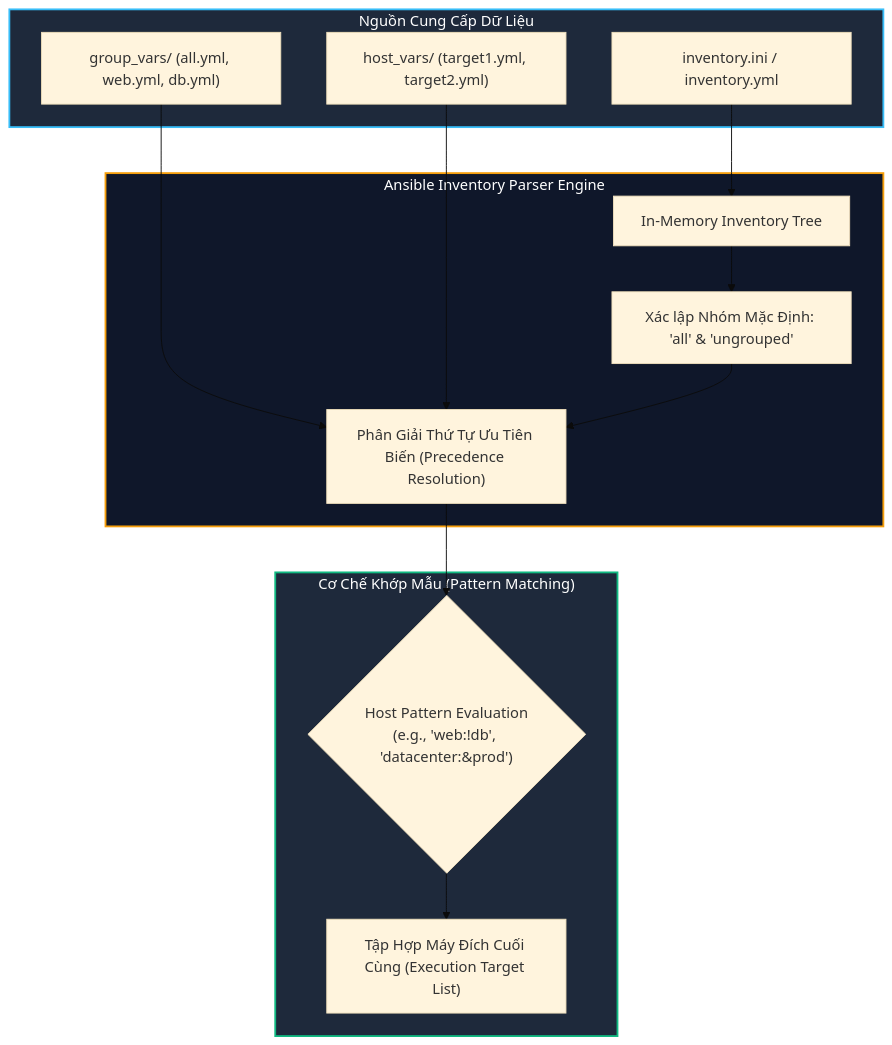
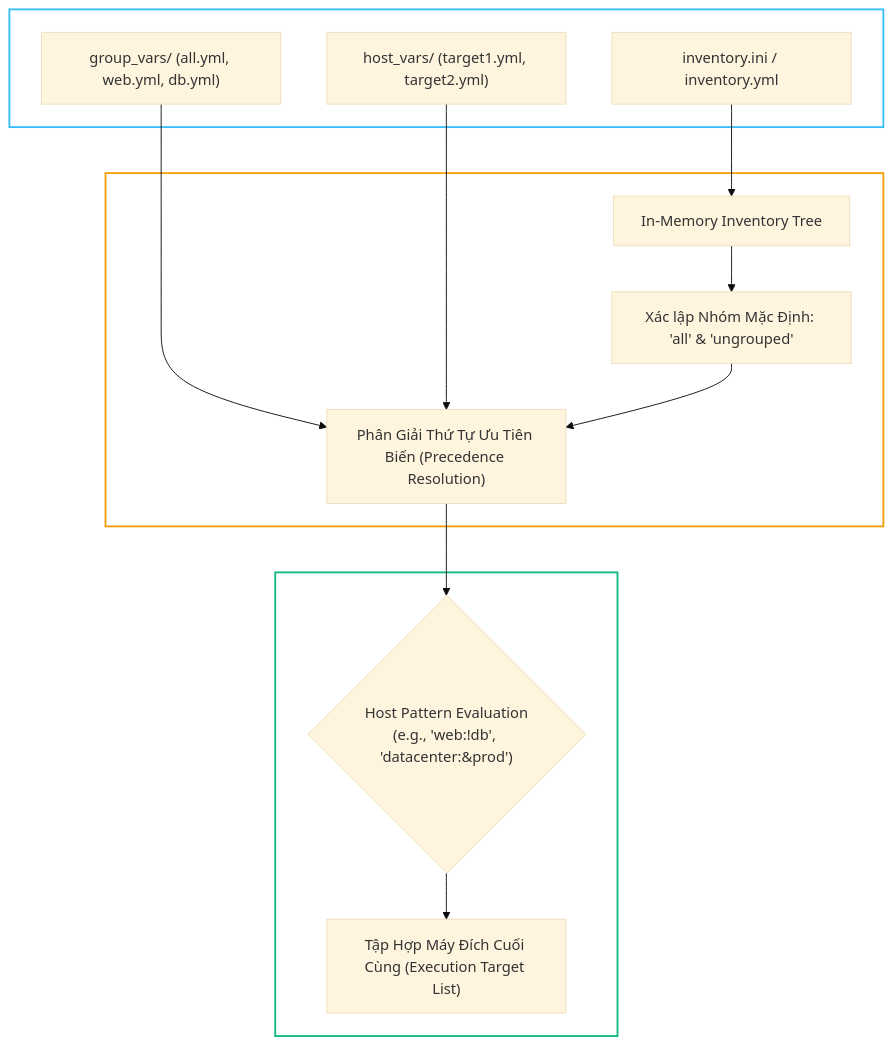
The first of 3 diagrams in _posts/2026-09-13-ansible-03-03-inventory.md (kiennt308/ntk), drawn with Mermaid (base theme) before and after one commit. The commit also changed other lines of this file and 161 other files, not shown here.

````diff
--- a/_posts/2026-09-13-ansible-03-03-inventory.md
+++ b/_posts/2026-09-13-ansible-03-03-inventory.md
@@ -38,29 +38,29 @@
 ```mermaid
 flowchart TD
     subgraph Sources["Nguồn Cung Cấp Dữ Liệu"]
         INI["inventory.ini / inventory.yml"]
         GV["group_vars/ (all.yml, web.yml, db.yml)"]
         HV["host_vars/ (target1.yml, target2.yml)"]
     end
 
     subgraph Parser["Ansible Inventory Parser Engine"]
         MEM["In-Memory Inventory Tree"]
         GRP["Xác lập Nhóm Mặc Định: 'all' & 'ungrouped'"]
         PREC["Phân Giải Thứ Tự Ưu Tiên Biến (Precedence Resolution)"]
     end
 
     subgraph Targeting["Cơ Chế Khớp Mẫu (Pattern Matching)"]
         PAT{"Host Pattern Evaluation\n(e.g., 'web:!db', 'datacenter:&prod')"}
         FINAL["Tập Hợp Máy Đích Cuối Cùng (Execution Target List)"]
     end
 
     INI --> MEM
     GV --> PREC
     HV --> PREC
     MEM --> GRP --> PREC --> PAT
     PAT --> FINAL
 
-    style Sources fill:#1e293b,stroke:#38bdf8,stroke-width:2px,color:#fff
-    style Parser fill:#0f172a,stroke:#f59e0b,stroke-width:2px,color:#fff
-    style Targeting fill:#1e293b,stroke:#10b981,stroke-width:2px,color:#fff
+    style Sources fill:none,stroke:#38bdf8,stroke-width:2px,color:#fff
+    style Parser fill:none,stroke:#f59e0b,stroke-width:2px,color:#fff
+    style Targeting fill:none,stroke:#10b981,stroke-width:2px,color:#fff
 ```
````
